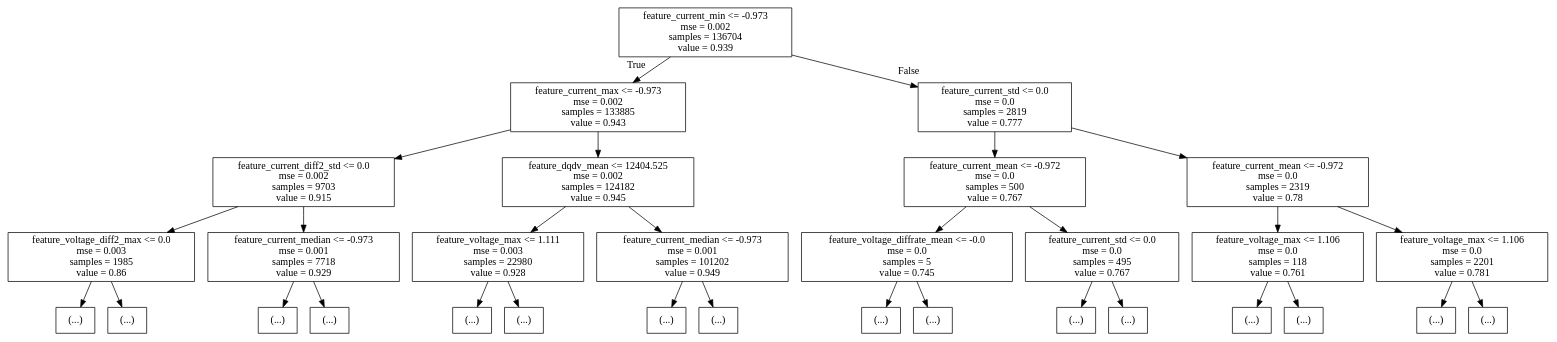
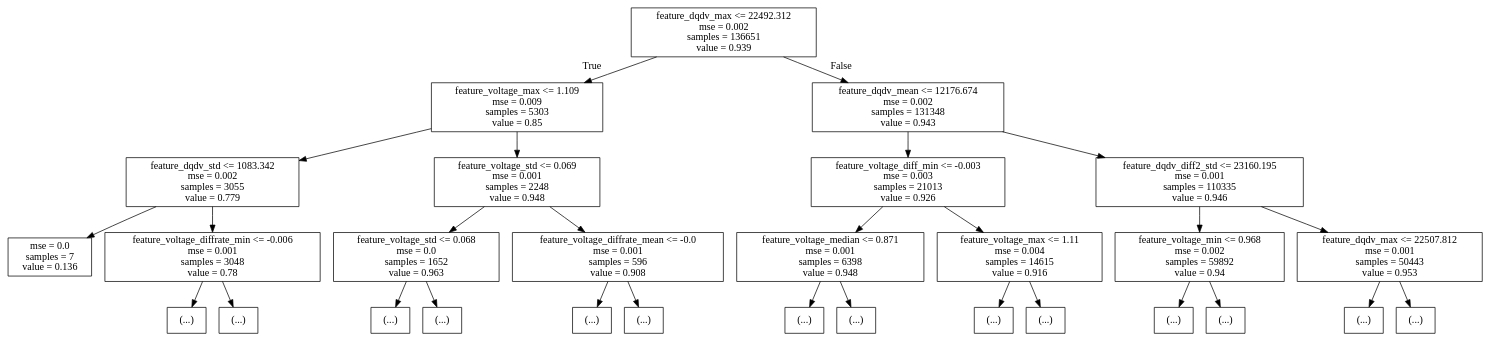
The diagram in discharge_g_pkl/rf_depth3.dot (johnnyWzq/cell_test_data), drawn with Graphviz before and after one commit. The commit also changed 19 other files, not shown here.

Commit message:
drop feature of current and new model

```diff
--- a/discharge_g_pkl/rf_depth3.dot
+++ b/discharge_g_pkl/rf_depth3.dot
@@ -1,64 +1,60 @@
 digraph Tree {
 node [shape=box] ;
-0 [label="feature_current_min <= -0.973\nmse = 0.002\nsamples = 136704\nvalue = 0.939"] ;
-1 [label="feature_current_max <= -0.973\nmse = 0.002\nsamples = 133885\nvalue = 0.943"] ;
+0 [label="feature_dqdv_max <= 22492.312\nmse = 0.002\nsamples = 136651\nvalue = 0.939"] ;
+1 [label="feature_voltage_max <= 1.109\nmse = 0.009\nsamples = 5303\nvalue = 0.85"] ;
 0 -> 1 [labeldistance=2.5, labelangle=45, headlabel="True"] ;
-2 [label="feature_current_diff2_std <= 0.0\nmse = 0.002\nsamples = 9703\nvalue = 0.915"] ;
+2 [label="feature_dqdv_std <= 1083.342\nmse = 0.002\nsamples = 3055\nvalue = 0.779"] ;
 1 -> 2 ;
-3 [label="feature_voltage_diff2_max <= 0.0\nmse = 0.003\nsamples = 1985\nvalue = 0.86"] ;
+3 [label="mse = 0.0\nsamples = 7\nvalue = 0.136"] ;
 2 -> 3 ;
-4 [label="(...)"] ;
-3 -> 4 ;
+4 [label="feature_voltage_diffrate_min <= -0.006\nmse = 0.001\nsamples = 3048\nvalue = 0.78"] ;
+2 -> 4 ;
 5 [label="(...)"] ;
-3 -> 5 ;
-1806 [label="feature_current_median <= -0.973\nmse = 0.001\nsamples = 7718\nvalue = 0.929"] ;
-2 -> 1806 ;
-1807 [label="(...)"] ;
-1806 -> 1807 ;
-2996 [label="(...)"] ;
-1806 -> 2996 ;
-6139 [label="feature_dqdv_mean <= 12404.525\nmse = 0.002\nsamples = 124182\nvalue = 0.945"] ;
-1 -> 6139 ;
-6140 [label="feature_voltage_max <= 1.111\nmse = 0.003\nsamples = 22980\nvalue = 0.928"] ;
-6139 -> 6140 ;
-6141 [label="(...)"] ;
-6140 -> 6141 ;
-21958 [label="(...)"] ;
-6140 -> 21958 ;
-26557 [label="feature_current_median <= -0.973\nmse = 0.001\nsamples = 101202\nvalue = 0.949"] ;
-6139 -> 26557 ;
-26558 [label="(...)"] ;
-26557 -> 26558 ;
-74767 [label="(...)"] ;
-26557 -> 74767 ;
-93892 [label="feature_current_std <= 0.0\nmse = 0.0\nsamples = 2819\nvalue = 0.777"] ;
-0 -> 93892 [labeldistance=2.5, labelangle=-45, headlabel="False"] ;
-93893 [label="feature_current_mean <= -0.972\nmse = 0.0\nsamples = 500\nvalue = 0.767"] ;
-93892 -> 93893 ;
-93894 [label="feature_voltage_diffrate_mean <= -0.0\nmse = 0.0\nsamples = 5\nvalue = 0.745"] ;
-93893 -> 93894 ;
-93895 [label="(...)"] ;
-93894 -> 93895 ;
-93896 [label="(...)"] ;
-93894 -> 93896 ;
-93897 [label="feature_current_std <= 0.0\nmse = 0.0\nsamples = 495\nvalue = 0.767"] ;
-93893 -> 93897 ;
-93898 [label="(...)"] ;
-93897 -> 93898 ;
-94123 [label="(...)"] ;
-93897 -> 94123 ;
-94202 [label="feature_current_mean <= -0.972\nmse = 0.0\nsamples = 2319\nvalue = 0.78"] ;
-93892 -> 94202 ;
-94203 [label="feature_voltage_max <= 1.106\nmse = 0.0\nsamples = 118\nvalue = 0.761"] ;
-94202 -> 94203 ;
-94204 [label="(...)"] ;
-94203 -> 94204 ;
-94273 [label="(...)"] ;
-94203 -> 94273 ;
-94282 [label="feature_voltage_max <= 1.106\nmse = 0.0\nsamples = 2201\nvalue = 0.781"] ;
-94202 -> 94282 ;
-94283 [label="(...)"] ;
-94282 -> 94283 ;
-95672 [label="(...)"] ;
-94282 -> 95672 ;
+4 -> 5 ;
+74 [label="(...)"] ;
+4 -> 74 ;
+2407 [label="feature_voltage_std <= 0.069\nmse = 0.001\nsamples = 2248\nvalue = 0.948"] ;
+1 -> 2407 ;
+2408 [label="feature_voltage_std <= 0.068\nmse = 0.0\nsamples = 1652\nvalue = 0.963"] ;
+2407 -> 2408 ;
+2409 [label="(...)"] ;
+2408 -> 2409 ;
+3166 [label="(...)"] ;
+2408 -> 3166 ;
+3861 [label="feature_voltage_diffrate_mean <= -0.0\nmse = 0.001\nsamples = 596\nvalue = 0.908"] ;
+2407 -> 3861 ;
+3862 [label="(...)"] ;
+3861 -> 3862 ;
+4077 [label="(...)"] ;
+3861 -> 4077 ;
+4404 [label="feature_dqdv_mean <= 12176.674\nmse = 0.002\nsamples = 131348\nvalue = 0.943"] ;
+0 -> 4404 [labeldistance=2.5, labelangle=-45, headlabel="False"] ;
+4405 [label="feature_voltage_diff_min <= -0.003\nmse = 0.003\nsamples = 21013\nvalue = 0.926"] ;
+4404 -> 4405 ;
+4406 [label="feature_voltage_median <= 0.871\nmse = 0.001\nsamples = 6398\nvalue = 0.948"] ;
+4405 -> 4406 ;
+4407 [label="(...)"] ;
+4406 -> 4407 ;
+4666 [label="(...)"] ;
+4406 -> 4666 ;
+11433 [label="feature_voltage_max <= 1.11\nmse = 0.004\nsamples = 14615\nvalue = 0.916"] ;
+4405 -> 11433 ;
+11434 [label="(...)"] ;
+11433 -> 11434 ;
+22587 [label="(...)"] ;
+11433 -> 22587 ;
+27082 [label="feature_dqdv_diff2_std <= 23160.195\nmse = 0.001\nsamples = 110335\nvalue = 0.946"] ;
+4404 -> 27082 ;
+27083 [label="feature_voltage_min <= 0.968\nmse = 0.002\nsamples = 59892\nvalue = 0.94"] ;
+27082 -> 27083 ;
+27084 [label="(...)"] ;
+27083 -> 27084 ;
+67577 [label="(...)"] ;
+27083 -> 67577 ;
+92810 [label="feature_dqdv_max <= 22507.812\nmse = 0.001\nsamples = 50443\nvalue = 0.953"] ;
+27082 -> 92810 ;
+92811 [label="(...)"] ;
+92810 -> 92811 ;
+131688 [label="(...)"] ;
+92810 -> 131688 ;
 }
```
